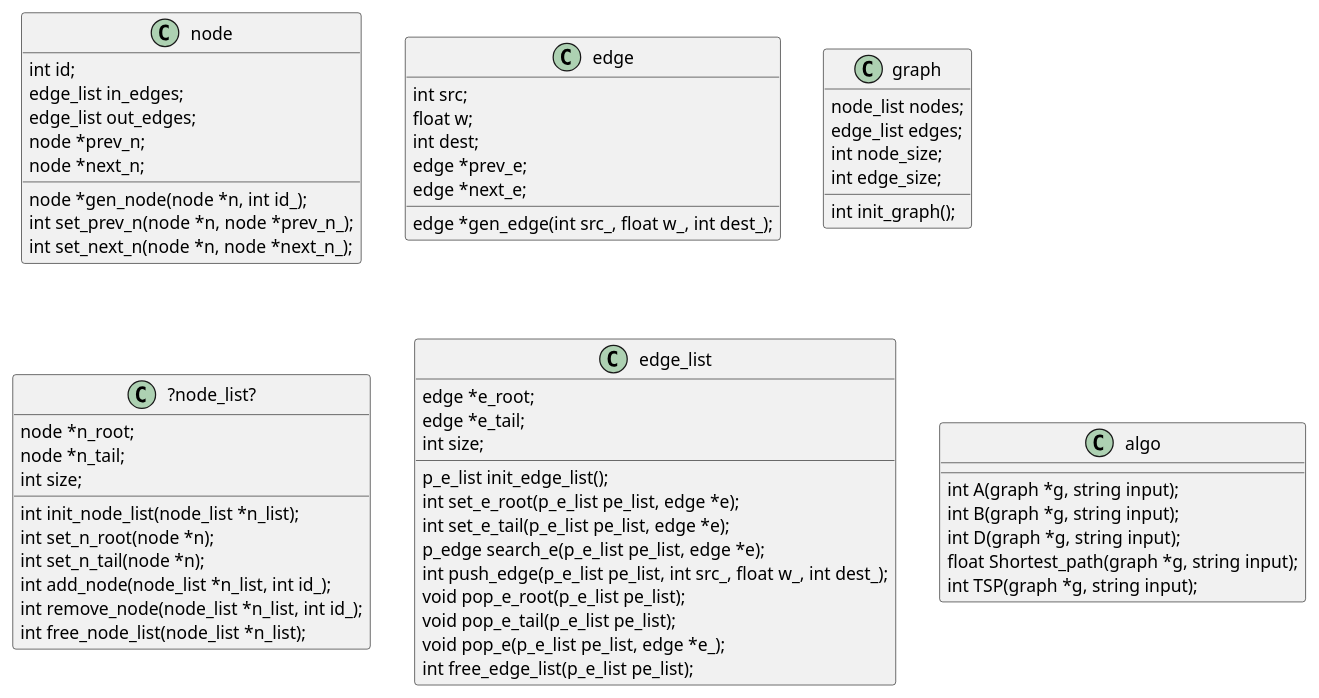
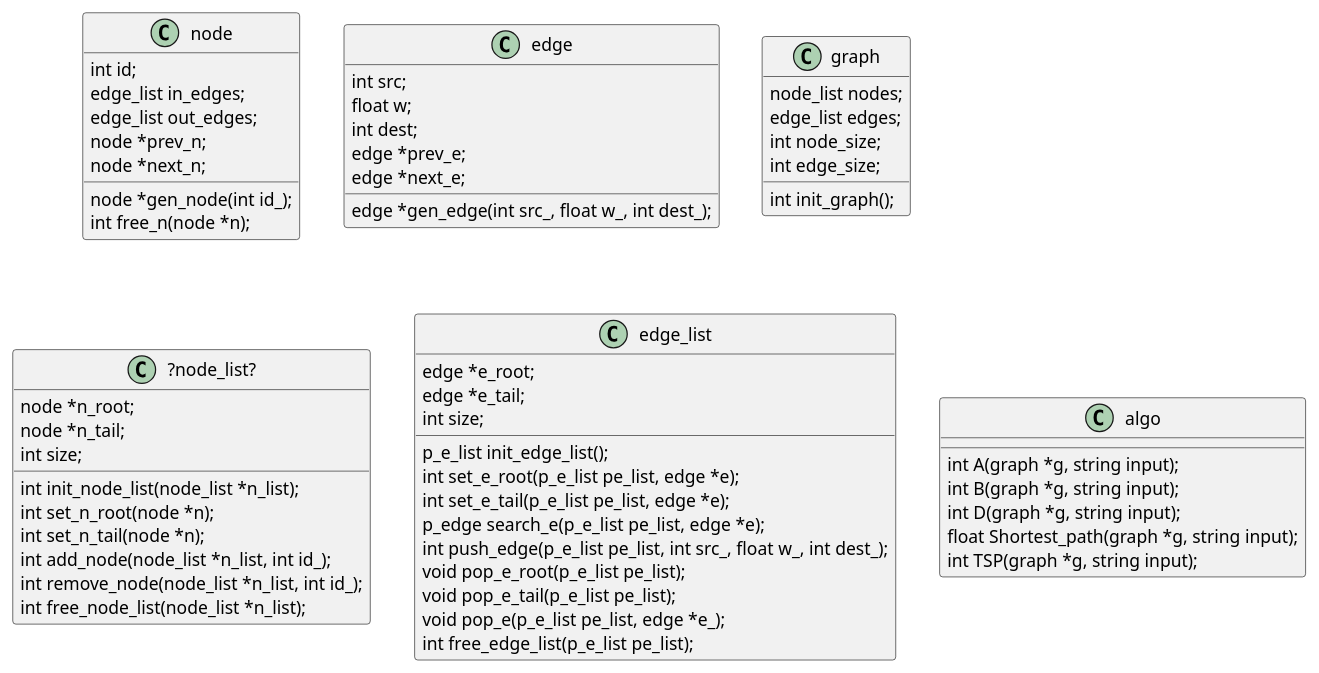
One commit to RF555/SofSys_Ex4 changed the diagram in Ex4_UML.puml. Above: the diagram before and after it, drawn with PlantUML. The commit also changed 2 other files, not shown here.

```diff
--- a/Ex4_UML.puml
+++ b/Ex4_UML.puml
@@ -1,77 +1,76 @@
 @startuml
 
 'graph -> edge_list
 'graph -> node_list
 'node_list --> node
 'edge_list --> edge
 'algo --> graph
 
 
 class node{
 int id;
 edge_list in_edges;
 edge_list out_edges;
 node *prev_n;
 node *next_n;
-node *gen_node(node *n, int id_);
-int set_prev_n(node *n, node *prev_n_);
-int set_next_n(node *n, node *next_n_);
+node *gen_node(int id_);
+int free_n(node *n);
 }
 
 class edge{
 int src;
 float w;
 int dest;
 edge *prev_e;
 edge *next_e;
 edge *gen_edge(int src_, float w_, int dest_);
 }
 
 class graph{
 node_list nodes;
 edge_list edges;
 int node_size;
 int edge_size;
 int init_graph();
 'void add_node(graph *g, int id);
 'void remove_node(graph *g, int id);
 'void add_edge(graph *g, int src, float w, int dest);
 'void add_Edge(graph *g, edge e);
 'void remove_edge(graph *g, int src, int dest);
 }
 
 class ?node_list?{
 node *n_root;
 node *n_tail;
 int size;
 int init_node_list(node_list *n_list);
 int set_n_root(node *n);
 int set_n_tail(node *n);
 int add_node(node_list *n_list, int id_);
 int remove_node(node_list *n_list, int id_);
 int free_node_list(node_list *n_list);
 }
 class edge_list{
 edge *e_root;
 edge *e_tail;
 int size;
 p_e_list init_edge_list();
 int set_e_root(p_e_list pe_list, edge *e);
 int set_e_tail(p_e_list pe_list, edge *e);
 p_edge search_e(p_e_list pe_list, edge *e);
 int push_edge(p_e_list pe_list, int src_, float w_, int dest_);
 void pop_e_root(p_e_list pe_list);
 void pop_e_tail(p_e_list pe_list);
 void pop_e(p_e_list pe_list, edge *e_);
 int free_edge_list(p_e_list pe_list);
 }
 
 class algo{
 int A(graph *g, string input);
 int B(graph *g, string input);
 int D(graph *g, string input);
 float Shortest_path(graph *g, string input);
 int TSP(graph *g, string input);
 }
 
 @enduml
```
